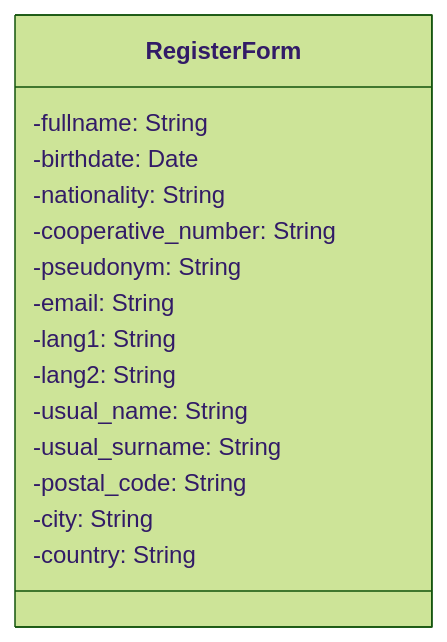
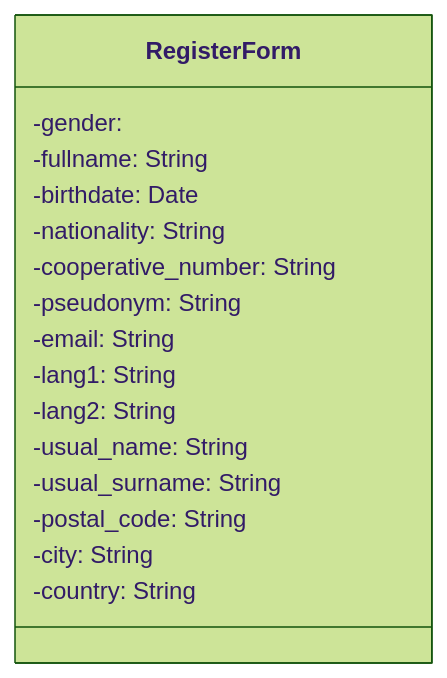
The first of 3 diagrams in docs/fr/Scénarios/Candidature.md (michaellaunay/alirpunkto), drawn with Mermaid (forest theme) before and after one commit. The commit also changed other lines of this file, not shown here.

````diff
--- a/docs/fr/Scénarios/Candidature.md
+++ b/docs/fr/Scénarios/Candidature.md
@@ -126,18 +116,19 @@
 ```mermaid
 classDiagram
     class RegisterForm {
+	    -gender: 
         -fullname: String
         -birthdate: Date
         -nationality: String
         -cooperative_number: String
         -pseudonym: String
         -email: String
         -lang1: String
         -lang2: String
         -usual_name: String
         -usual_surname: String
         -postal_code: String
         -city: String
         -country: String
     }
 ```
````
